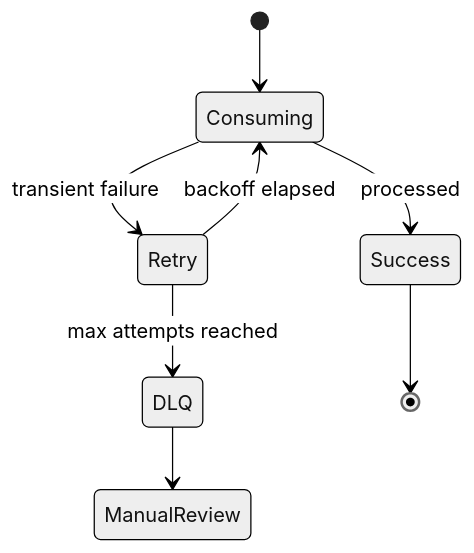
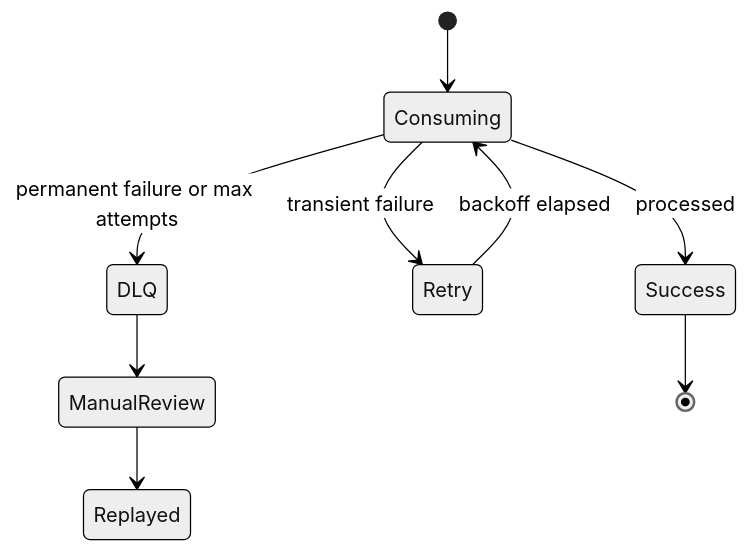
The first of 3 diagrams in docs/messaging/retry-dlq.md (AmazingCaddy/readings-backend), drawn with Mermaid (neutral theme) before and after one commit. The commit also changed other lines of this file, not shown here.

Commit message:
docs: expand retry dlq guide

````diff
--- a/docs/messaging/retry-dlq.md
+++ b/docs/messaging/retry-dlq.md
@@ -9,10 +12,11 @@
 ```mermaid
 stateDiagram-v2
     [*] --> Consuming
     Consuming --> Success: processed
     Consuming --> Retry: transient failure
+    Consuming --> DLQ: permanent failure or max attempts
     Retry --> Consuming: backoff elapsed
-    Retry --> DLQ: max attempts reached
     DLQ --> ManualReview
+    ManualReview --> Replayed
     Success --> [*]
 ```
````
